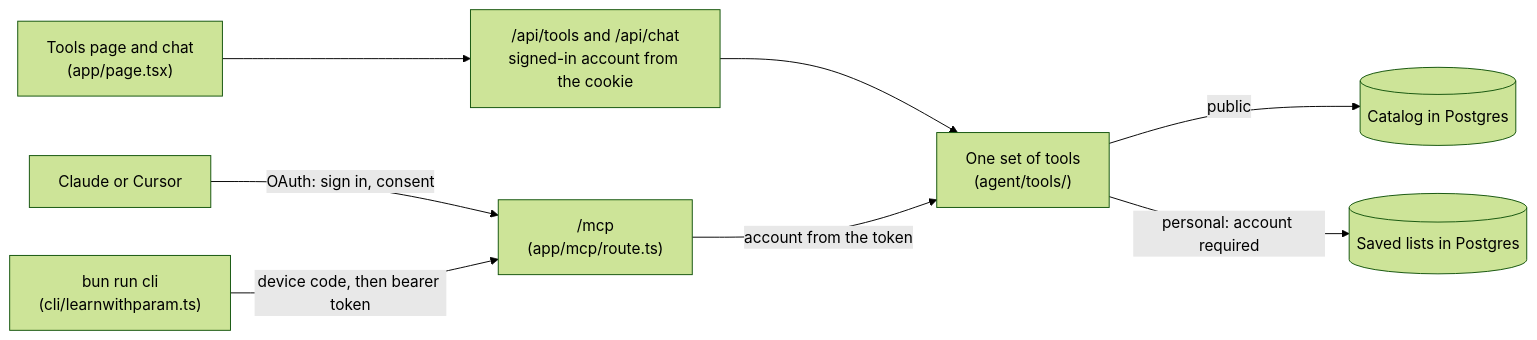
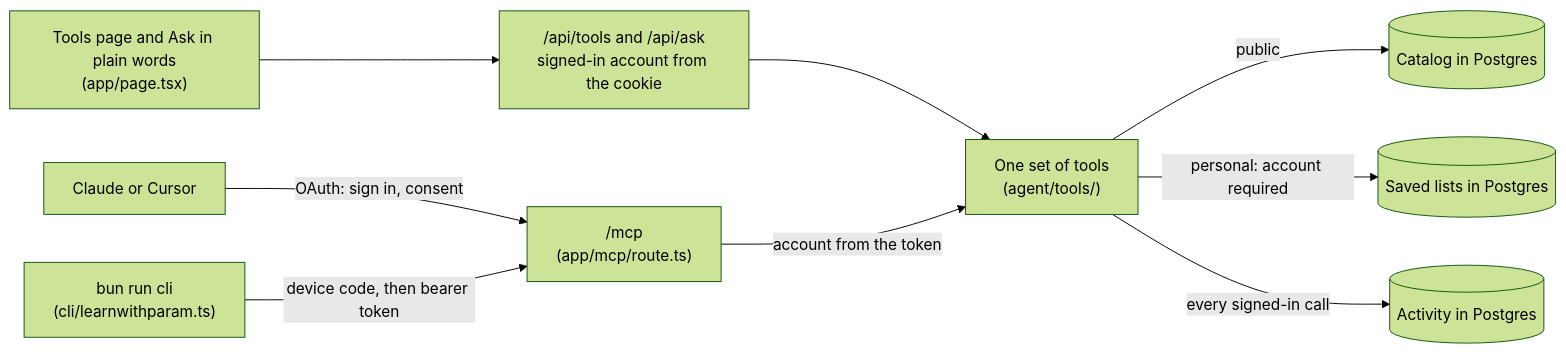
Before and after one commit to learnwithparam/ai-bootcamp: the diagram in 04-mcp-server-and-cli/README.md, drawn with Mermaid (forest theme). The commit also changed other lines of this file and 70 other files, not shown here.

First line of the commit message:
04 MCP server and CLI: tools as UI, connected apps, activity

````diff
--- a/04-mcp-server-and-cli/README.md
+++ b/04-mcp-server-and-cli/README.md
@@ -69,10 +124,11 @@
 ```mermaid
 flowchart LR
-  web["Tools page and chat<br/>(app/page.tsx)"] --> run["/api/tools and /api/chat<br/>signed-in account from the cookie"]
+  web["Tools page and Ask in plain words<br/>(app/page.tsx)"] --> run["/api/tools and /api/ask<br/>signed-in account from the cookie"]
   claude["Claude or Cursor"] -->|"OAuth: sign in, consent"| mcp["/mcp<br/>(app/mcp/route.ts)"]
   cli["bun run cli<br/>(cli/learnwithparam.ts)"] -->|"device code, then bearer token"| mcp
   run --> tools["One set of tools<br/>(agent/tools/)"]
   mcp -->|"account from the token"| tools
   tools -->|public| catalog[(Catalog in Postgres)]
   tools -->|"personal: account required"| saved[(Saved lists in Postgres)]
+  tools -->|"every signed-in call"| log[(Activity in Postgres)]
 ```
````
